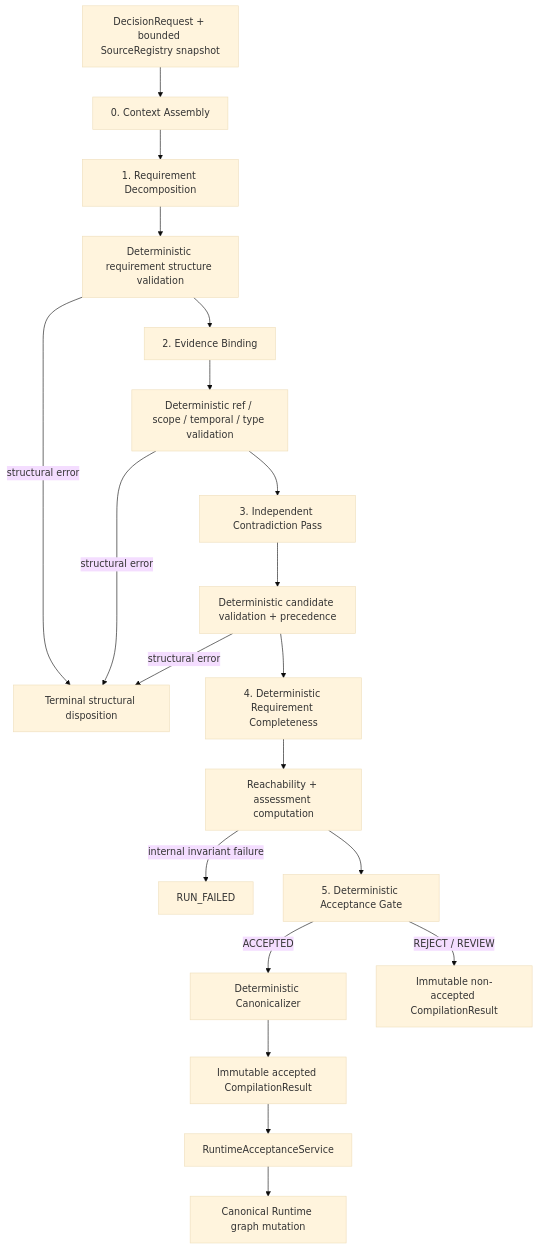
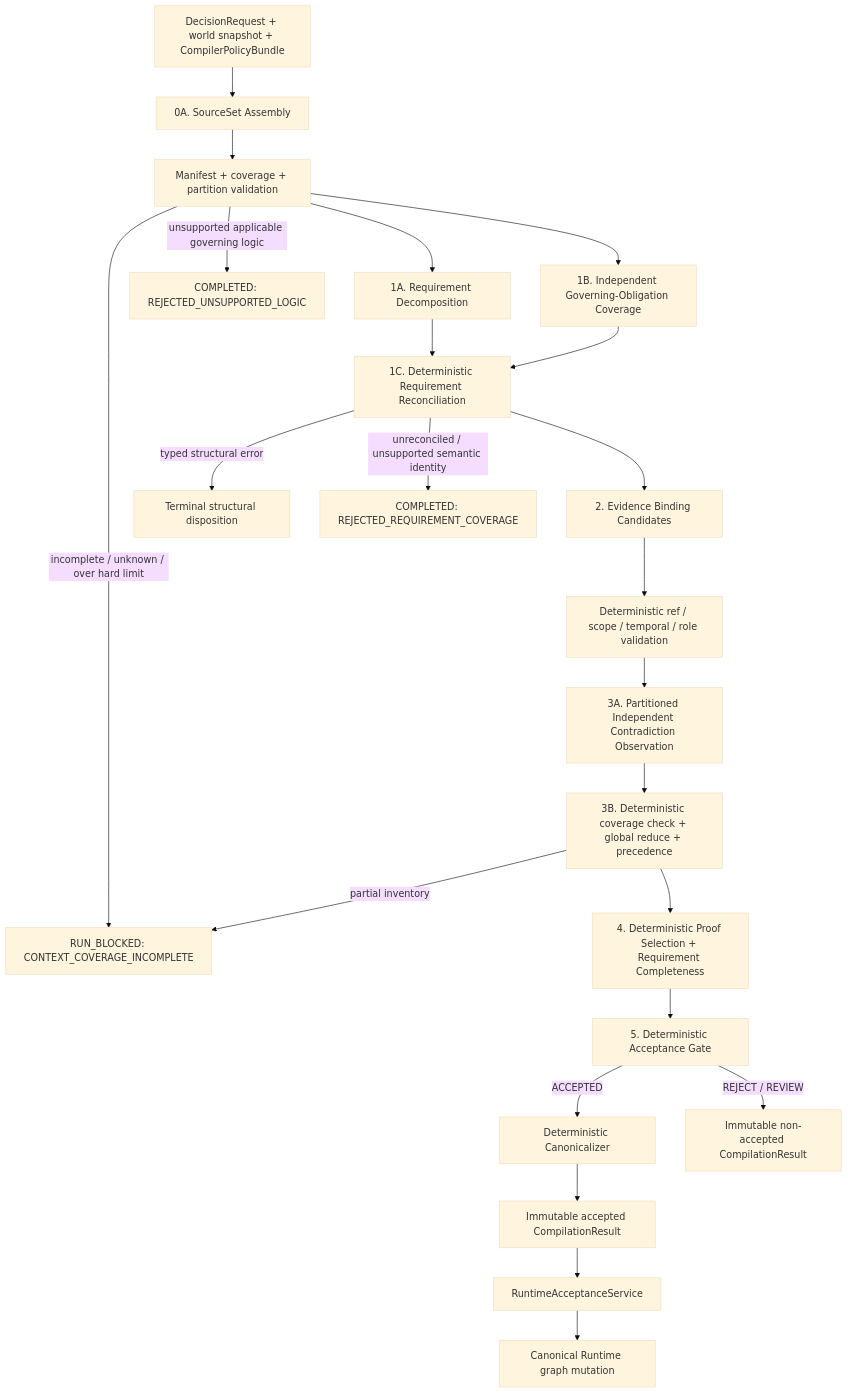
The diagram in docs/continuum_module_01_semantic_dependency_compiler/15_REPLACEMENT_ARCHITECTURE.md (dabaitudiu/continuum), drawn with Mermaid (base theme) before and after one commit. The commit also changed other lines of this file and 18 other files, not shown here.

Commit message:
docs: resolve option B architecture review blockers

````diff
--- a/docs/continuum_module_01_semantic_dependency_compiler/15_REPLACEMENT_ARCHITECTURE.md
+++ b/docs/continuum_module_01_semantic_dependency_compiler/15_REPLACEMENT_ARCHITECTURE.md
@@ -40,22 +149,25 @@
 ```mermaid
 flowchart TD
-    A[DecisionRequest + bounded SourceRegistry snapshot] --> B[0. Context Assembly]
-    B --> C[1. Requirement Decomposition]
-    C --> C1[Deterministic requirement structure validation]
-    C1 -->|structural error| X[Terminal structural disposition]
-    C1 --> D[2. Evidence Binding]
-    D --> D1[Deterministic ref / scope / temporal / type validation]
-    D1 -->|structural error| X
-    D1 --> E[3. Independent Contradiction Pass]
-    E --> E1[Deterministic candidate validation + precedence]
-    E1 -->|structural error| X
-    E1 --> F[4. Deterministic Requirement Completeness]
-    F --> F1[Reachability + assessment computation]
-    F1 -->|internal invariant failure| Y[RUN_FAILED]
-    F1 --> G[5. Deterministic Acceptance Gate]
-    G -->|ACCEPTED| H[Deterministic Canonicalizer]
-    G -->|REJECT / REVIEW| I[Immutable non-accepted CompilationResult]
-    H --> J[Immutable accepted CompilationResult]
-    J --> K[RuntimeAcceptanceService]
-    K --> L[Canonical Runtime graph mutation]
+    A[DecisionRequest + world snapshot + CompilerPolicyBundle] --> B[0A. SourceSet Assembly]
+    B --> B1[Manifest + coverage + partition validation]
+    B1 -->|incomplete / unknown / over hard limit| RB[RUN_BLOCKED: CONTEXT_COVERAGE_INCOMPLETE]
+    B1 -->|unsupported applicable governing logic| UL[COMPLETED: REJECTED_UNSUPPORTED_LOGIC]
+    B1 --> C[1A. Requirement Decomposition]
+    B1 --> D[1B. Independent Governing-Obligation Coverage]
+    C --> E[1C. Deterministic Requirement Reconciliation]
+    D --> E
+    E -->|typed structural error| X[Terminal structural disposition]
+    E -->|unreconciled / unsupported semantic identity| UI[COMPLETED: REJECTED_REQUIREMENT_COVERAGE]
+    E --> F[2. Evidence Binding Candidates]
+    F --> F1[Deterministic ref / scope / temporal / role validation]
+    F1 --> G[3A. Partitioned Independent Contradiction Observation]
+    G --> G1[3B. Deterministic coverage check + global reduce + precedence]
+    G1 -->|partial inventory| RB
+    G1 --> H[4. Deterministic Proof Selection + Requirement Completeness]
+    H --> I[5. Deterministic Acceptance Gate]
+    I -->|ACCEPTED| J[Deterministic Canonicalizer]
+    I -->|REJECT / REVIEW| K[Immutable non-accepted CompilationResult]
+    J --> L[Immutable accepted CompilationResult]
+    L --> M[RuntimeAcceptanceService]
+    M --> N[Canonical Runtime graph mutation]
 ```
````
